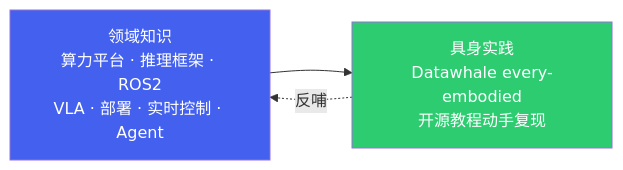
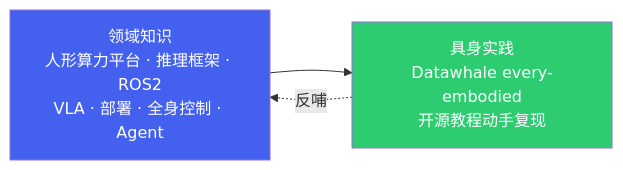
One commit to ranpin/edge-ai-docs changed the diagram in robot/overview.md. Above: the diagram before and after it, drawn with Mermaid. The commit also changed other lines of this file and 7 other files, not shown here.

````diff
--- a/robot/overview.md
+++ b/robot/overview.md
@@ -14,8 +16,8 @@
 ```mermaid
 flowchart LR
-    A["领域知识<br/>算力平台 · 推理框架 · ROS2<br/>VLA · 部署 · 实时控制 · Agent"] --> B["具身实践<br/>Datawhale every-embodied<br/>开源教程动手复现"]
+    A["领域知识<br/>人形算力平台 · 推理框架 · ROS2<br/>VLA · 部署 · 全身控制 · Agent"] --> B["具身实践<br/>Datawhale every-embodied<br/>开源教程动手复现"]
     B -.反哺.-> A
 
     style A fill:#4361ee,color:#fff
     style B fill:#2ecc71,color:#fff
 ```
````
